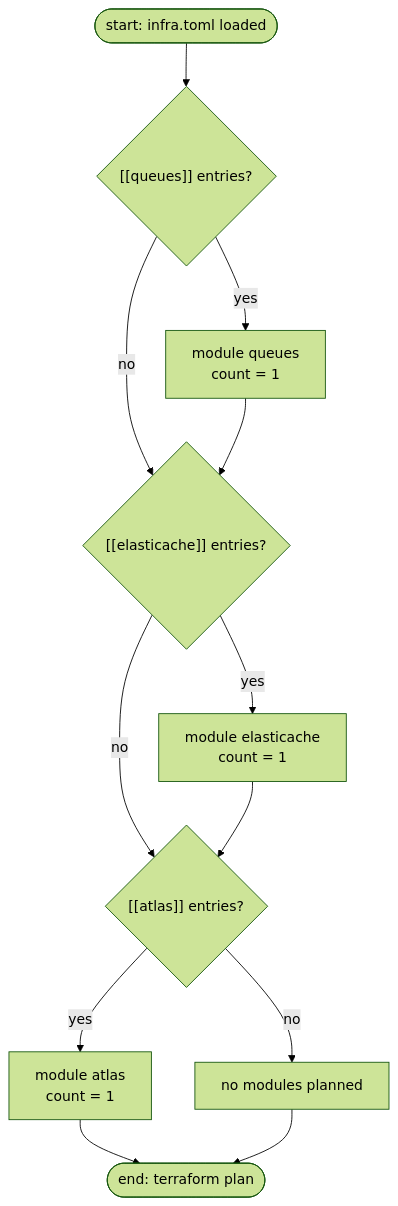
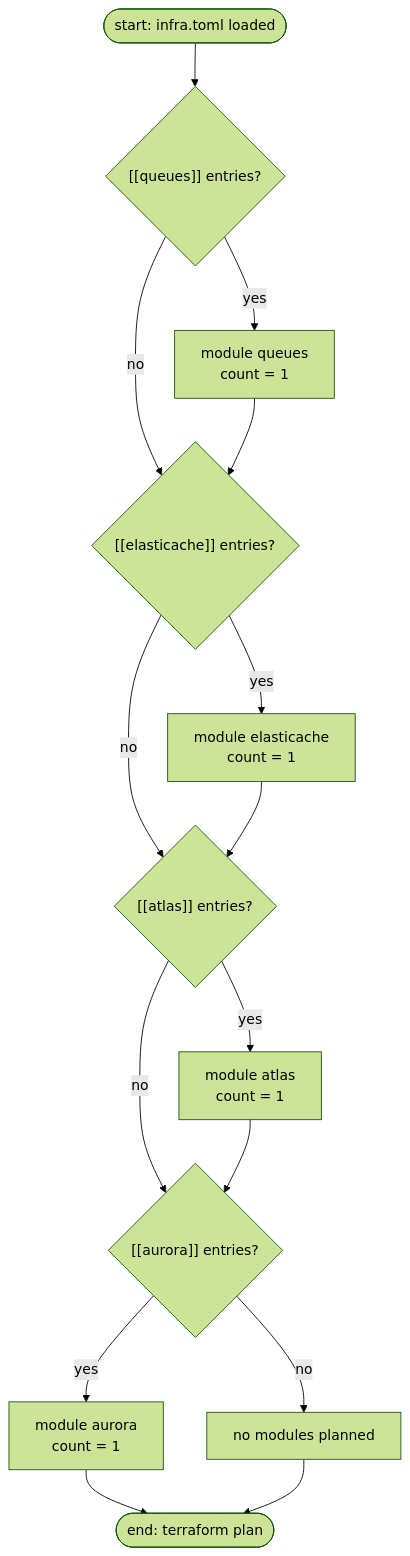
The third of 3 diagrams in infra/docs/concepts/architecture.md (kunalPisolkar24/detectAI), drawn with Mermaid (forest theme) before and after one commit. The commit also changed other lines of this file and 23 other files, not shown here.

````diff
--- a/infra/docs/concepts/architecture.md
+++ b/infra/docs/concepts/architecture.md
@@ -86,14 +90,17 @@
 ```mermaid
 graph TB
     START(["start: infra.toml loaded"]) --> Q{"[[queues]] entries?"}
     Q -->|"yes"| MQ["module queues<br/>count = 1"]
     Q -->|"no"| C{"[[elasticache]] entries?"}
     MQ --> C
     C -->|"yes"| MC["module elasticache<br/>count = 1"]
     C -->|"no"| A{"[[atlas]] entries?"}
     MC --> A
     A -->|"yes"| MA["module atlas<br/>count = 1"]
-    A -->|"no"| NONE["no modules planned"]
-    MA --> END(["end: terraform plan"])
+    A -->|"no"| D{"[[aurora]] entries?"}
+    MA --> D
+    D -->|"yes"| MD["module aurora<br/>count = 1"]
+    D -->|"no"| NONE["no modules planned"]
+    MD --> END(["end: terraform plan"])
     NONE --> END
 ```
````
